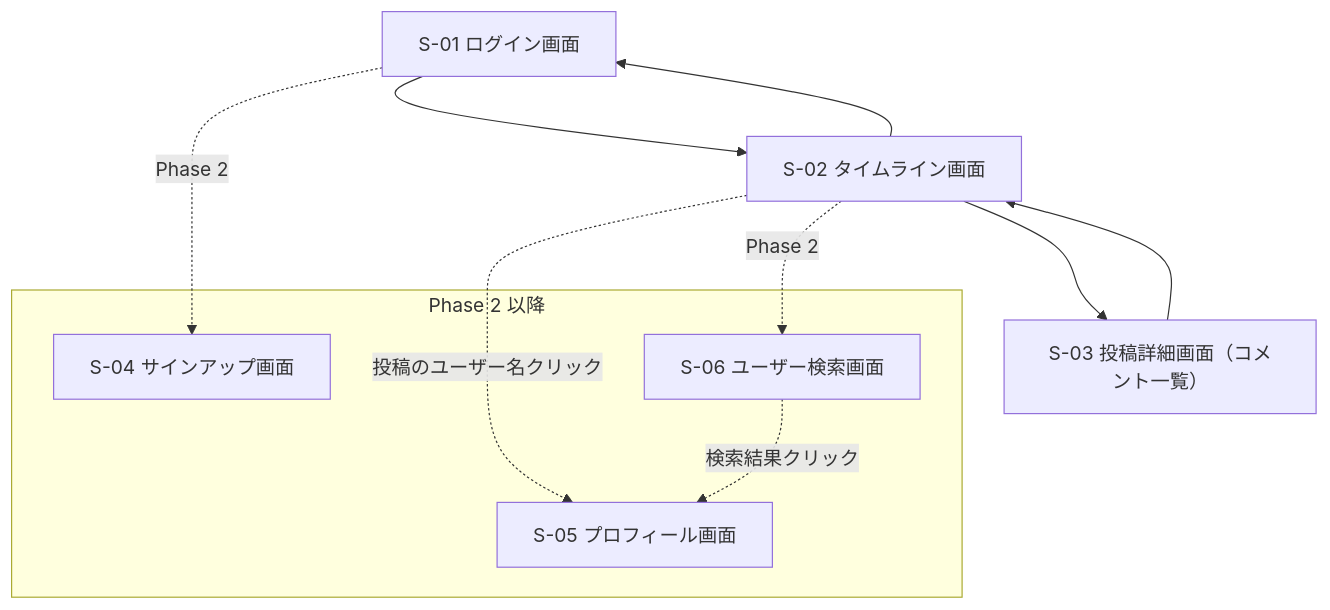
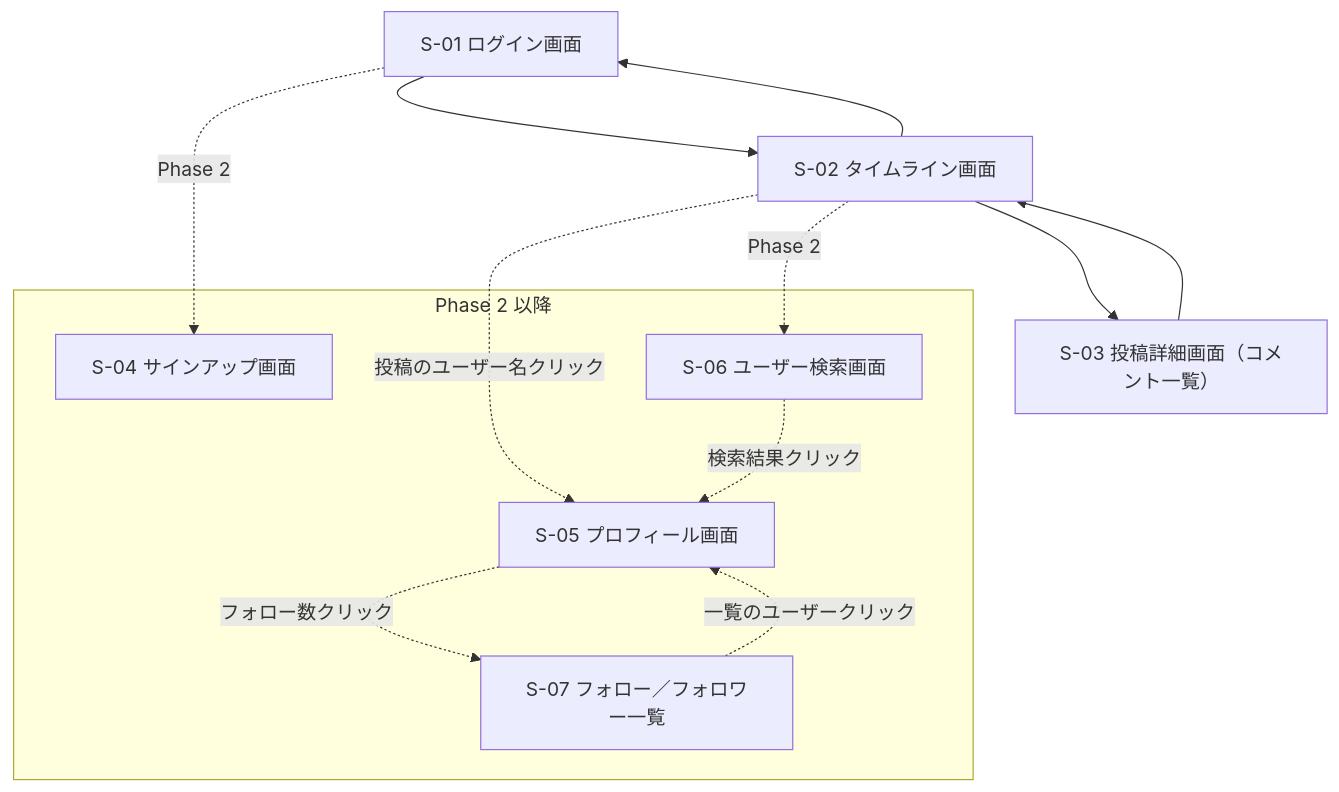
The first of 2 diagrams in docs/screen-design.md (yusu31/RaiseTimeLine), drawn with Mermaid before and after one commit. The commit also changed other lines of this file and 35 other files, not shown here.

````diff
--- a/docs/screen-design.md
+++ b/docs/screen-design.md
@@ -46,16 +53,19 @@
 ```mermaid
 graph TD
     A[S-01 ログイン画面] --> B[S-02 タイムライン画面]
     B --> C[S-03 投稿詳細画面（コメント一覧）]
     C --> B
     B --> A
     subgraph Phase 2 以降
         D[S-04 サインアップ画面]
         E[S-05 プロフィール画面]
         F[S-06 ユーザー検索画面]
+        G[S-07 フォロー／フォロワー一覧]
     end
     A -.Phase 2.-> D
     B -.投稿のユーザー名クリック.-> E
     B -.Phase 2.-> F
     F -.検索結果クリック.-> E
+    E -.フォロー数クリック.-> G
+    G -.一覧のユーザークリック.-> E
 ```
````
